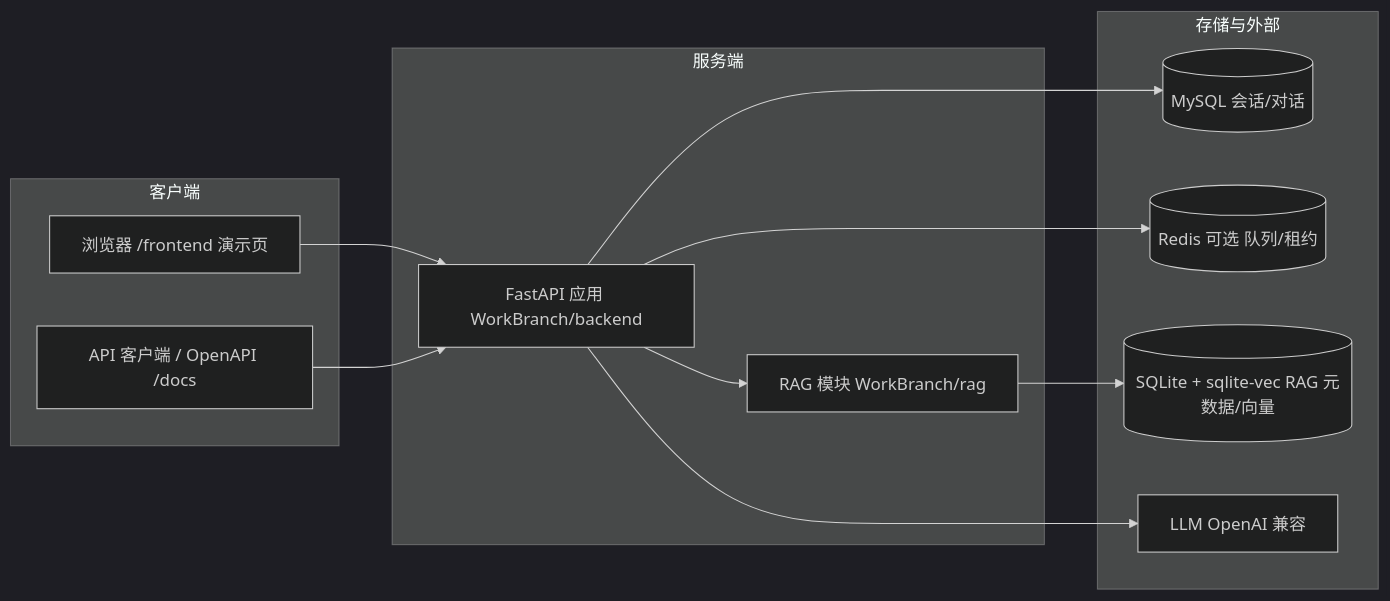
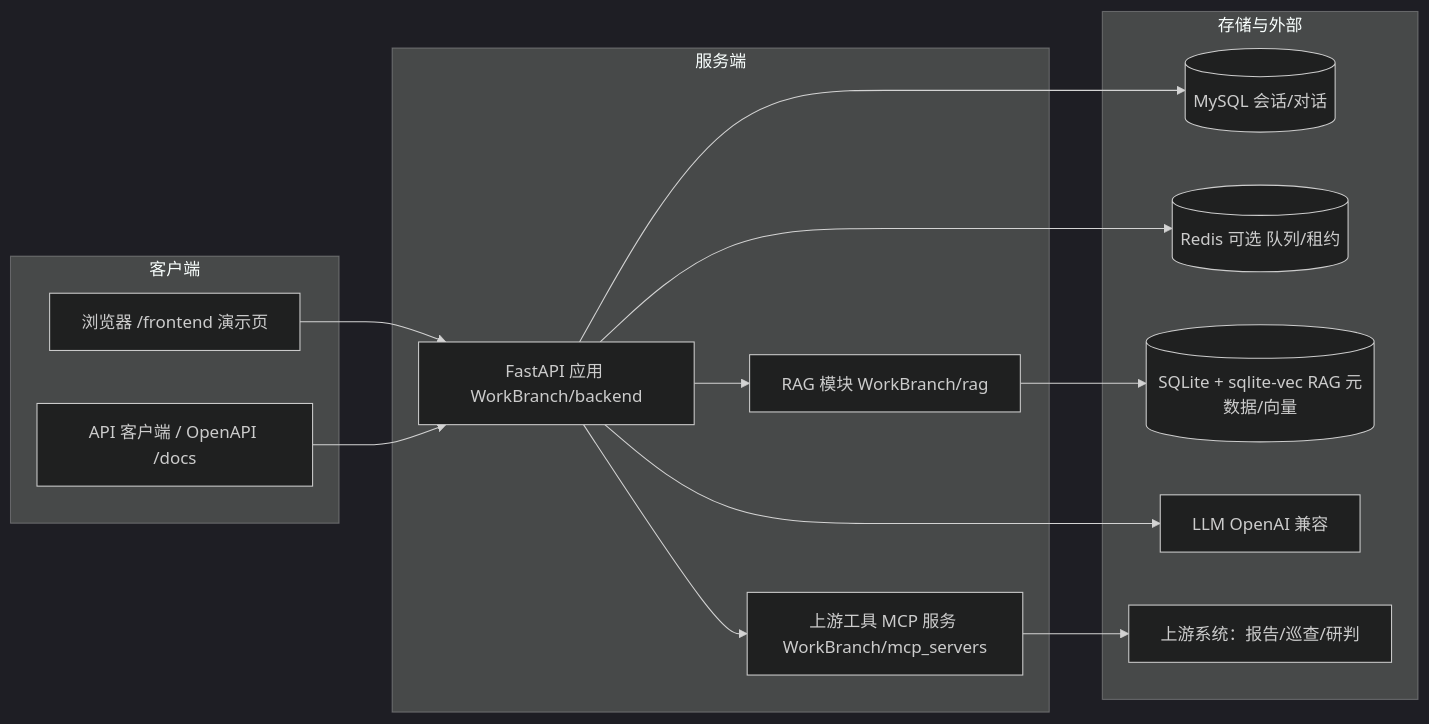
Before and after one commit to M1MisakaMikoto/agentb: the diagram in README.md, drawn with Mermaid. The commit also changed other lines of this file and 2 other files, not shown here.

Commit message:
docs: 新增区域平台接入报告，并在 README/deploy README 补充 MCP 服务与技能系统说明

````diff
--- a/README.md
+++ b/README.md
@@ -53,25 +57,29 @@
 ```mermaid
 %%{init: {"theme": "dark"}}%%
 flowchart LR
   subgraph 客户端
     B[浏览器 /frontend 演示页]
     C[API 客户端 / OpenAPI /docs]
   end
   subgraph 服务端
     F[FastAPI 应用 WorkBranch/backend]
     R[RAG 模块 WorkBranch/rag]
+    X[上游工具 MCP 服务 WorkBranch/mcp_servers]
   end
   subgraph 存储与外部
     M[(MySQL 会话/对话)]
     D[(Redis 可选 队列/租约)]
     S[(SQLite + sqlite-vec RAG 元数据/向量)]
     L[LLM OpenAI 兼容]
+    U[上游系统：报告/巡查/研判]
   end
   B --> F
   C --> F
   F --> M
   F --> D
   F --> R
+  F --> X
+  X --> U
   R --> S
   F --> L
 ```
````
